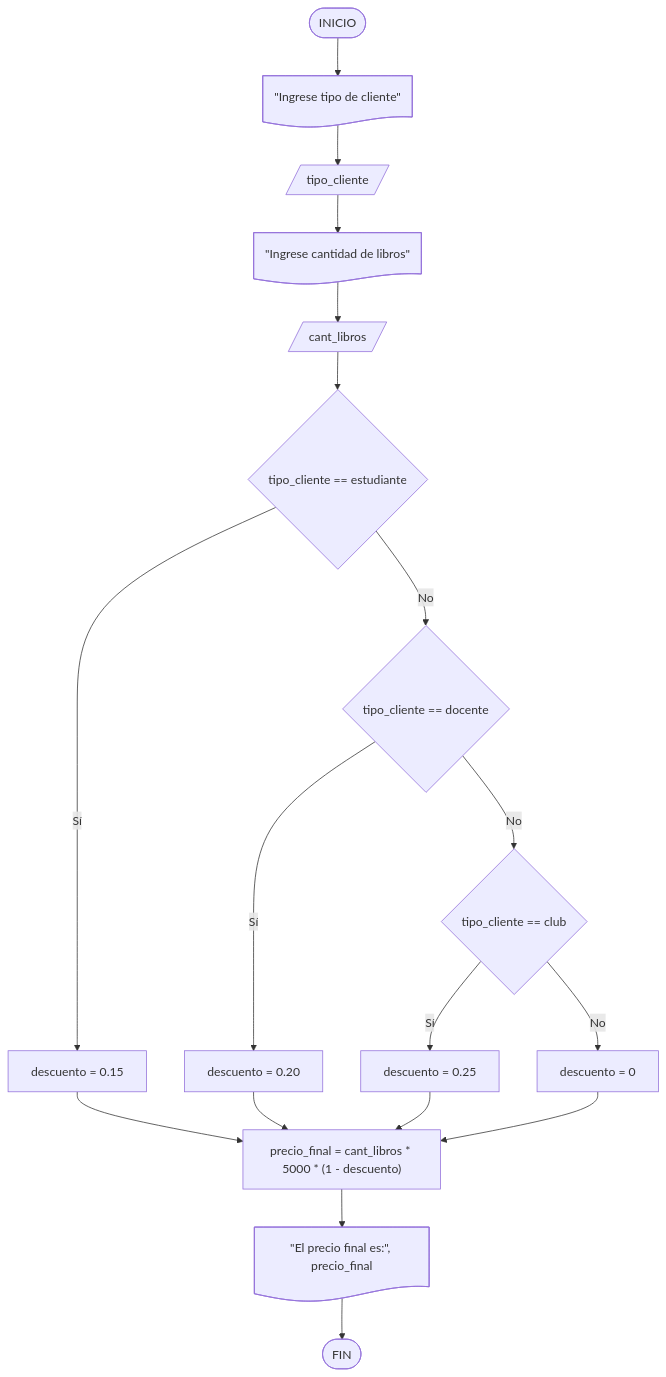
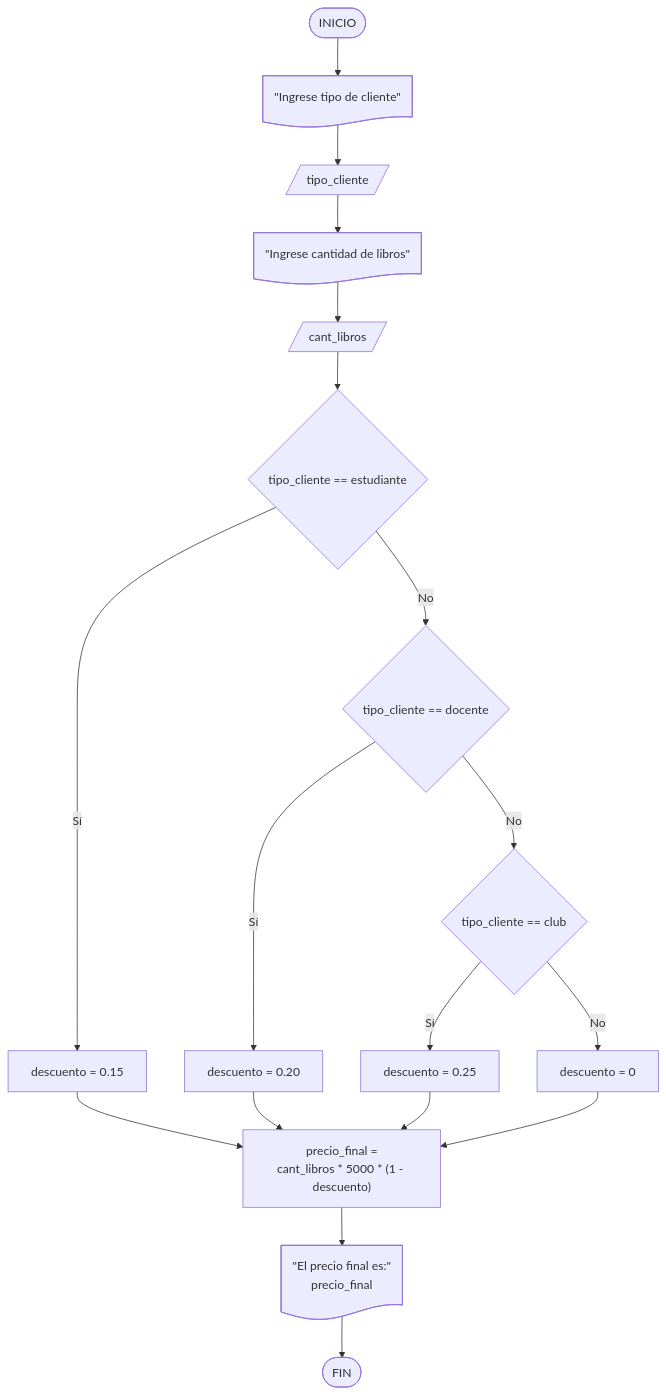
The sixth of 6 diagrams in docs/core/introduction/flowcharts.md (BenjaminSerrano/principios-programacion), drawn with Mermaid before and after one commit. The commit also changed other lines of this file and 2 other files, not shown here.

Commit message:
Fix MathJax rendering and flowchart text truncation
- Fix mathjax.js: remove ignoreHtmlClass that blocked arithmatex elements,
  add guard to prevent TypeError when document$ fires before MathJax loads
- Add line breaks in long flowchart doc nodes to prevent text truncation
- Restore LaTeX formula in coding.md now that MathJax renders correctly

````diff
--- a/docs/core/introduction/flowcharts.md
+++ b/docs/core/introduction/flowcharts.md
@@ -321,20 +321,20 @@
     ``` mermaid
     flowchart TD
         A([INICIO]) --> B@{ shape: doc, label: "\"Ingrese tipo de cliente\"" }
         B --> C[/tipo_cliente/]
         C --> B2@{ shape: doc, label: "\"Ingrese cantidad de libros\"" }
         B2 --> C2[/cant_libros/]
         C2 --> D{"tipo_cliente == estudiante"}
         D -->|Sí| E["descuento = 0.15"]
         D -->|No| F{"tipo_cliente == docente"}
         F -->|Sí| G["descuento = 0.20"]
         F -->|No| H{"tipo_cliente == club"}
         H -->|Sí| I["descuento = 0.25"]
         H -->|No| J["descuento = 0"]
-        E --> K["precio_final = cant_libros * 5000 * (1 - descuento)"]
+        E --> K["precio_final =<br/>cant_libros * 5000 * (1 - descuento)"]
         G --> K
         I --> K
         J --> K
-        K --> L@{ shape: doc, label: "\"El precio final es:\", precio_final" }
+        K --> L@{ shape: doc, label: "\"El precio final es:\"<br/>precio_final" }
         L --> M([FIN])
     ```
````
